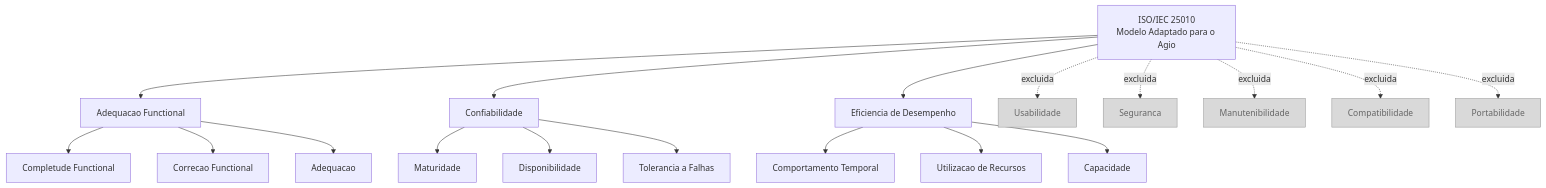
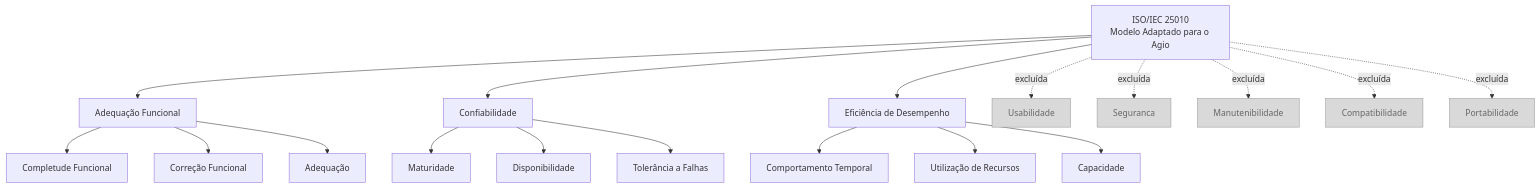
One commit to FCTE-Qualidade-de-Software-1/2026-1_T01_FRANS_BILAS changed the diagram in docs/fase1/modelo_qualidade.md. Above: the diagram before and after it, drawn with Mermaid. The commit also changed other lines of this file and 2 other files, not shown here.

Commit message:
fix:correcao ortografica pente fino parte 1

````diff
--- a/docs/fase1/modelo_qualidade.md
+++ b/docs/fase1/modelo_qualidade.md
@@ -119,32 +119,32 @@
 ```mermaid
 graph TD
     ISO["ISO/IEC 25010<br>Modelo Adaptado para o Agio"]
 
-    ISO --> AF["Adequacao Functional"]
+    ISO --> AF["Adequação Funcional"]
     ISO --> CONF["Confiabilidade"]
-    ISO --> ED["Eficiencia de Desempenho"]
+    ISO --> ED["Eficiência de Desempenho"]
 
-    ISO -.->|"excluida"| USB["Usabilidade"]
-    ISO -.->|"excluida"| SEG["Seguranca"]
-    ISO -.->|"excluida"| MAN["Manutenibilidade"]
-    ISO -.->|"excluida"| COM["Compatibilidade"]
-    ISO -.->|"excluida"| POR["Portabilidade"]
+    ISO -.->|"excluída"| USB["Usabilidade"]
+    ISO -.->|"excluída"| SEG["Seguranca"]
+    ISO -.->|"excluída"| MAN["Manutenibilidade"]
+    ISO -.->|"excluída"| COM["Compatibilidade"]
+    ISO -.->|"excluída"| POR["Portabilidade"]
 
-    AF --> CF["Completude Functional"]
-    AF --> COR["Correcao Functional"]
-    AF --> ADEQ["Adequacao"]
+    AF --> CF["Completude Funcional"]
+    AF --> COR["Correção Funcional"]
+    AF --> ADEQ["Adequação"]
 
     CONF --> MAT["Maturidade"]
     CONF --> DISP["Disponibilidade"]
-    CONF --> TOL["Tolerancia a Falhas"]
+    CONF --> TOL["Tolerância a Falhas"]
 
     ED --> CT["Comportamento Temporal"]
-    ED --> UR["Utilizacao de Recursos"]
+    ED --> UR["Utilização de Recursos"]
     ED --> CAP["Capacidade"]
 
     style USB fill:#d9d9d9,stroke:#999,color:#666
     style SEG fill:#d9d9d9,stroke:#999,color:#666
     style MAN fill:#d9d9d9,stroke:#999,color:#666
     style COM fill:#d9d9d9,stroke:#999,color:#666
     style POR fill:#d9d9d9,stroke:#999,color:#666
 ```
````
